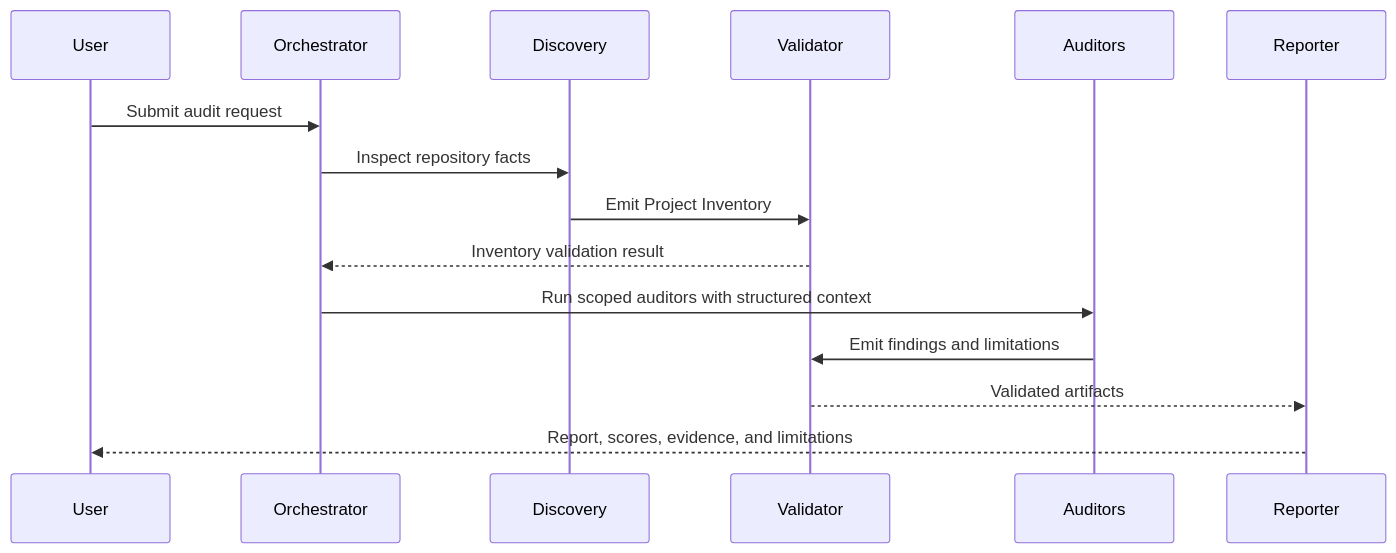
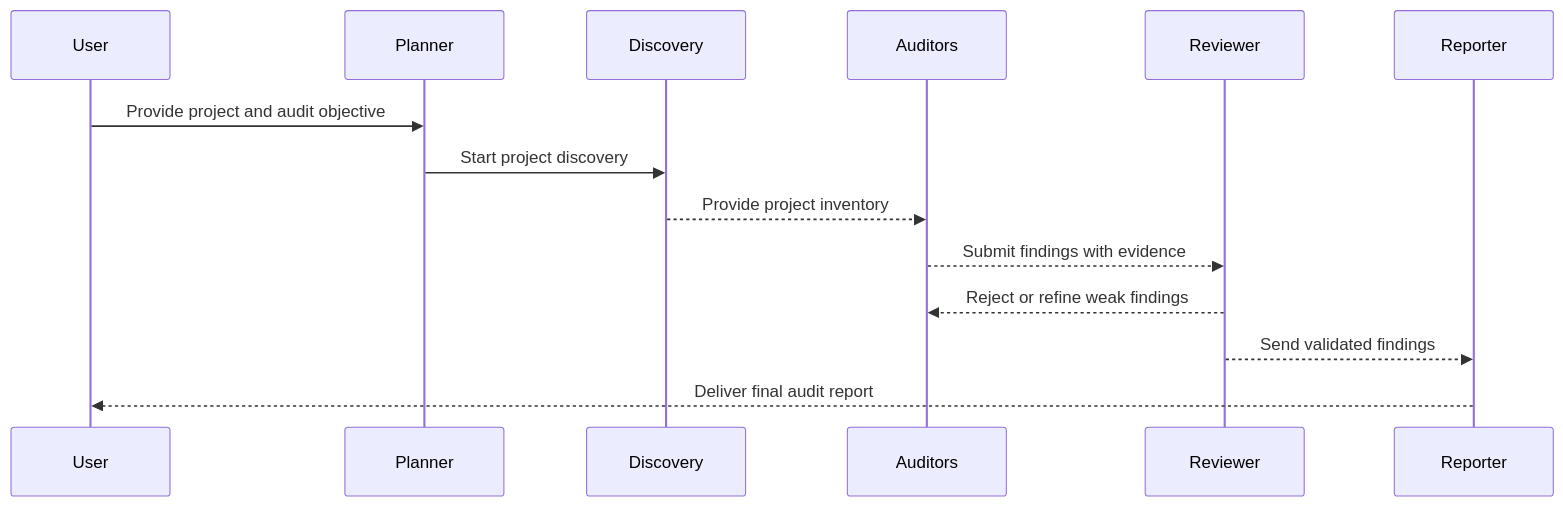
One commit to TalissonDeevv/application-audit-framework changed the second of 2 diagrams in README.md. Above: the diagram before and after it, drawn with Mermaid. The commit also changed other lines of this file, not shown here.

````diff
--- a/README.md
+++ b/README.md
@@ -180,18 +231,17 @@
 ```mermaid
 sequenceDiagram
     participant User
-    participant Orchestrator
+    participant Planner
     participant Discovery
-    participant Validator
     participant Auditors
+    participant Reviewer
     participant Reporter
 
-    User->>Orchestrator: Submit audit request
-    Orchestrator->>Discovery: Inspect repository facts
-    Discovery->>Validator: Emit Project Inventory
-    Validator-->>Orchestrator: Inventory validation result
-    Orchestrator->>Auditors: Run scoped auditors with structured context
-    Auditors->>Validator: Emit findings and limitations
-    Validator-->>Reporter: Validated artifacts
-    Reporter-->>User: Report, scores, evidence, and limitations
+    User->>Planner: Provide project and audit objective
+    Planner->>Discovery: Start project discovery
+    Discovery-->>Auditors: Provide project inventory
+    Auditors-->>Reviewer: Submit findings with evidence
+    Reviewer-->>Auditors: Reject or refine weak findings
+    Reviewer-->>Reporter: Send validated findings
+    Reporter-->>User: Deliver final audit report
 ```
````
